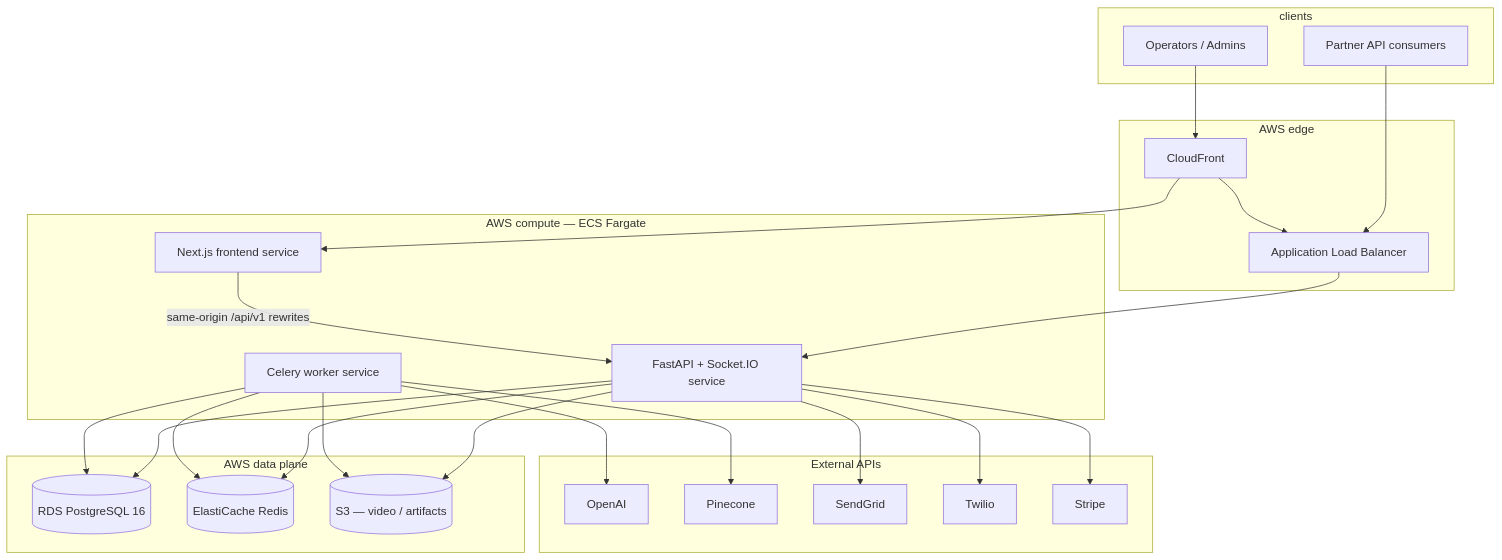
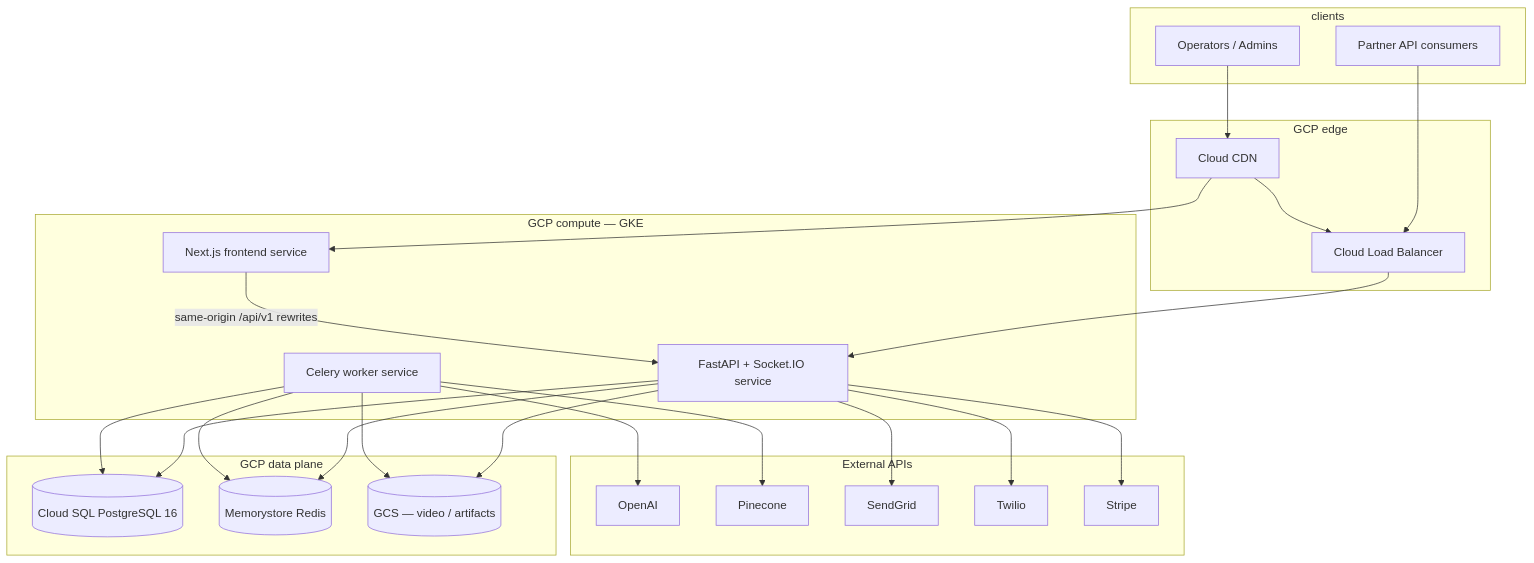
One commit to anulsasidharan/AI-Video-Intelligence-Content-Moderation-Platform changed the first of 3 diagrams in README.md. Above: the diagram before and after it, drawn with Mermaid. The commit also changed other lines of this file, not shown here.

````diff
--- a/README.md
+++ b/README.md
@@ -33,45 +33,45 @@
 ```mermaid
 flowchart TB
   subgraph clients
     U[Operators / Admins]
     P[Partner API consumers]
   end
-  subgraph aws_edge["AWS edge"]
-    CF[CloudFront]
-    ALB[Application Load Balancer]
+  subgraph gcp_edge["GCP edge"]
+    CDN[Cloud CDN]
+    LB[Cloud Load Balancer]
   end
-  subgraph aws_compute["AWS compute — ECS Fargate"]
+  subgraph gcp_compute["GCP compute — GKE"]
     FE[Next.js frontend service]
     API[FastAPI + Socket.IO service]
     WRK[Celery worker service]
   end
-  subgraph aws_data["AWS data plane"]
-    RDS[(RDS PostgreSQL 16)]
-    EC[(ElastiCache Redis)]
-    S3[(S3 — video / artifacts)]
+  subgraph gcp_data["GCP data plane"]
+    SQL[(Cloud SQL PostgreSQL 16)]
+    MEM[(Memorystore Redis)]
+    GCS[(GCS — video / artifacts)]
   end
   subgraph external["External APIs"]
     OAI[OpenAI]
     PC[Pinecone]
     SG[SendGrid]
     TW[Twilio]
     ST[Stripe]
   end
-  U --> CF
-  P --> ALB
-  CF --> FE
-  CF --> ALB
-  ALB --> API
+  U --> CDN
+  P --> LB
+  CDN --> FE
+  CDN --> LB
+  LB --> API
   FE -->|same-origin /api/v1 rewrites| API
-  API --> RDS
-  API --> EC
-  API --> S3
-  WRK --> RDS
-  WRK --> EC
-  WRK --> S3
+  API --> SQL
+  API --> MEM
+  API --> GCS
+  WRK --> SQL
+  WRK --> MEM
+  WRK --> GCS
   WRK --> OAI
   WRK --> PC
   API --> SG
   API --> TW
   API --> ST
 ```
````
